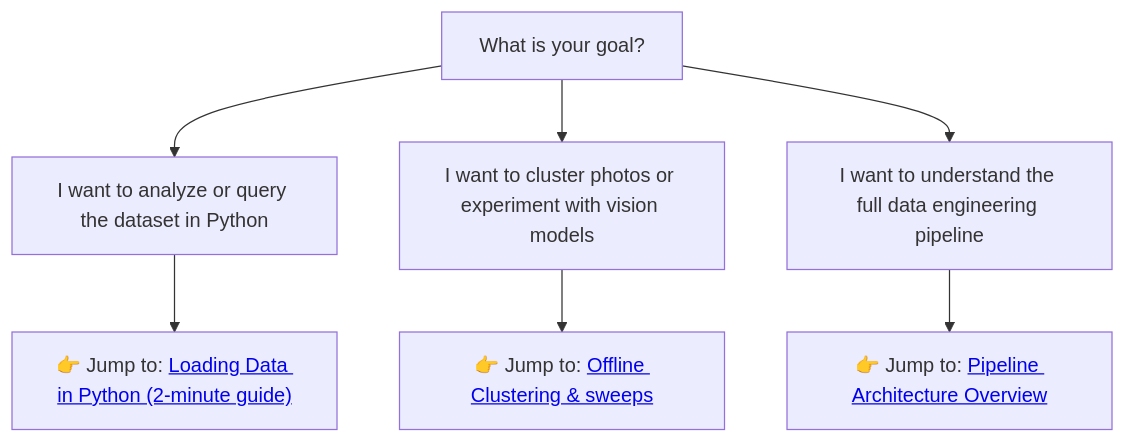
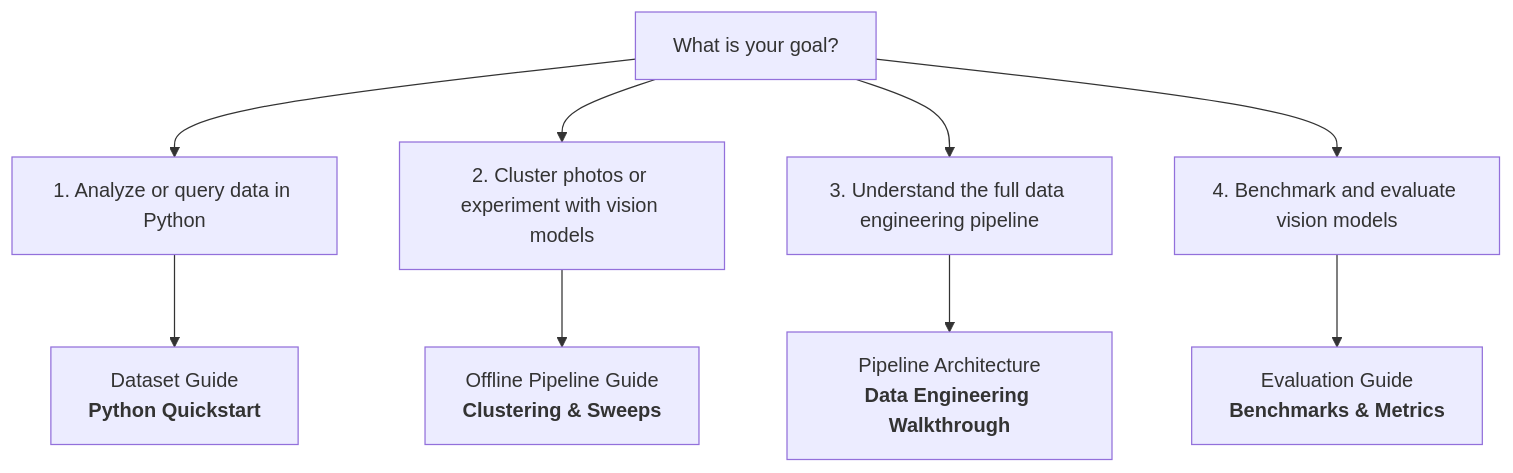
Before and after one commit to ananthu-aniraj/geo-rag: the second of 2 diagrams in docs/preliminaries.md, drawn with Mermaid. The commit also changed other lines of this file and 2 other files, not shown here.

````diff
--- a/docs/preliminaries.md
+++ b/docs/preliminaries.md
@@ -122,12 +179,14 @@
 ```mermaid
 flowchart TD
     Start["What is your goal?"]
 
-    Start --> A["I want to analyze or query the dataset in Python"]
-    Start --> B["I want to cluster photos or experiment with vision models"]
-    Start --> C["I want to understand the full data engineering pipeline"]
+    Start --> A["1. Analyze or query data in Python"]
+    Start --> B["2. Cluster photos or experiment with vision models"]
+    Start --> C["3. Understand the full data engineering pipeline"]
+    Start --> D["4. Benchmark and evaluate vision models"]
 
-    A --> StepA["👉 Jump to: <a href='dataset.md#loading-data-in-python'>Loading Data in Python (2-minute guide)</a>"]
-    B --> StepB["👉 Jump to: <a href='pipeline.md#3-offline-pipeline-model-representation-sweeps-scriptspipelinerun_offline_pipelinesh'>Offline Clustering & sweeps</a>"]
-    C --> StepC["👉 Jump to: <a href='pipeline.md'>Pipeline Architecture Overview</a>"]
+    A --> StepA["Dataset Guide<br><b>Python Quickstart</b>"]
+    B --> StepB["Offline Pipeline Guide<br><b>Clustering & Sweeps</b>"]
+    C --> StepC["Pipeline Architecture<br><b>Data Engineering Walkthrough</b>"]
+    D --> StepD["Evaluation Guide<br><b>Benchmarks & Metrics</b>"]
 ```
````
